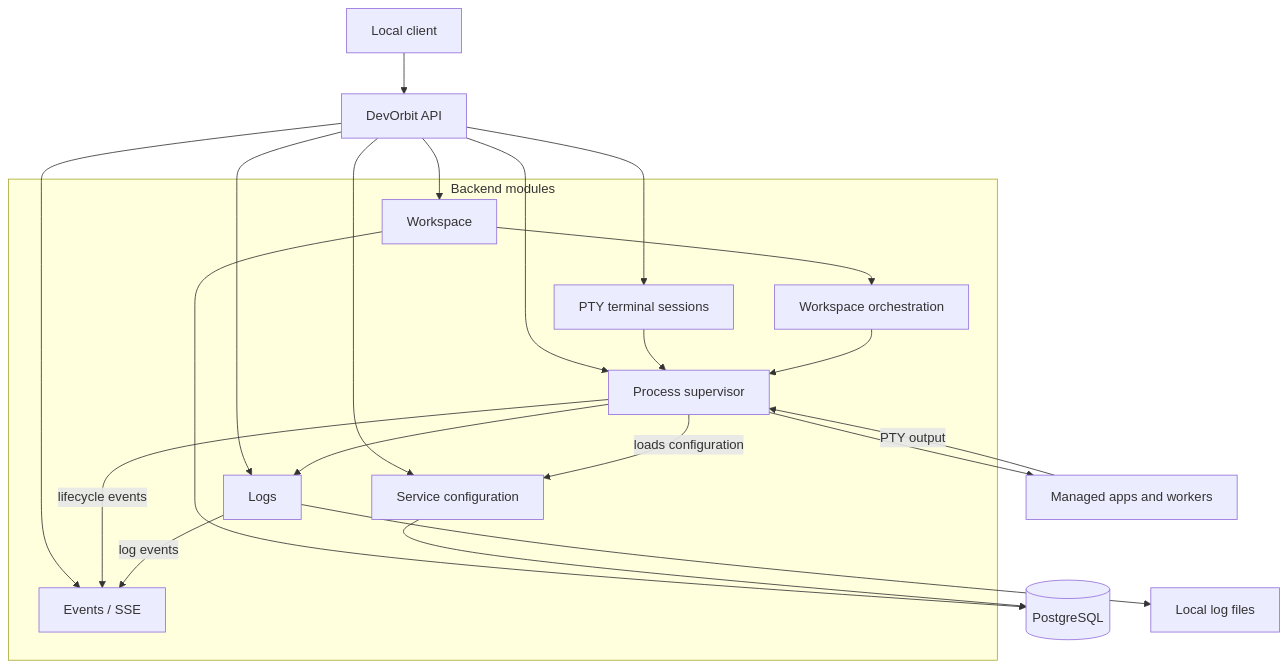
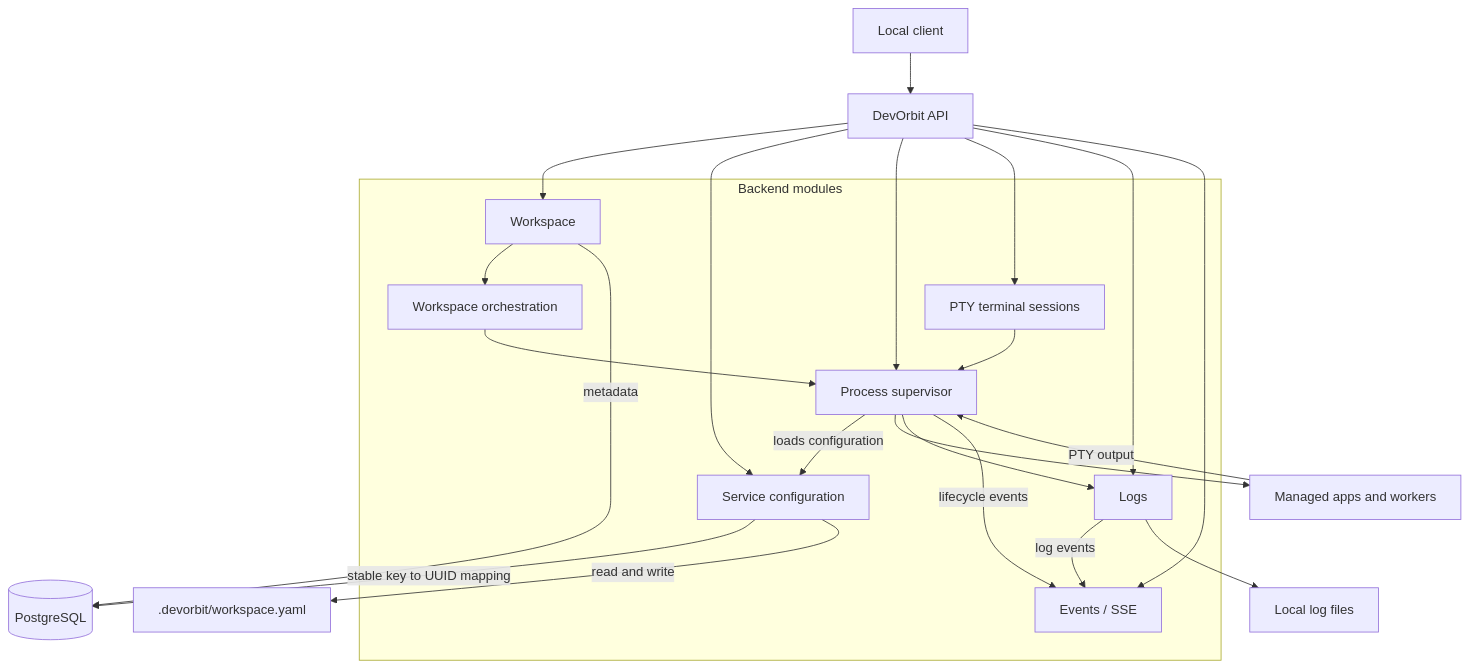
The diagram in docs/architecture.md (prasannashrestha011/devOrbit), drawn with Mermaid before and after one commit. The commit also changed other lines of this file and 97 other files, not shown here.

````diff
--- a/docs/architecture.md
+++ b/docs/architecture.md
@@ -3,32 +3,33 @@
 ```mermaid
 flowchart TB
     Client["Local client"] --> API["DevOrbit API"]
 
     subgraph Backend["Backend modules"]
         Workspace["Workspace"]
         Service["Service configuration"]
         Orchestration["Workspace orchestration"]
         Process["Process supervisor"]
         Terminal["PTY terminal sessions"]
         Logs["Logs"]
         Events["Events / SSE"]
     end
 
     API --> Workspace
     API --> Service
     API --> Process
     API --> Terminal --> Process
     API --> Logs
     API --> Events
 
     Workspace --> Orchestration --> Process
     Process -- loads configuration --> Service
     Process --> Apps["Managed apps and workers"]
     Apps -- PTY output --> Process --> Logs
     Process -- lifecycle events --> Events
     Logs -- log events --> Events
 
-    Workspace --> DB[(PostgreSQL)]
-    Service --> DB
+    Workspace -- metadata --> DB[(PostgreSQL)]
+    Service -- stable key to UUID mapping --> DB
+    Service -- read and write --> YAML[".devorbit/workspace.yaml"]
     Logs --> Files["Local log files"]
 ```
````
